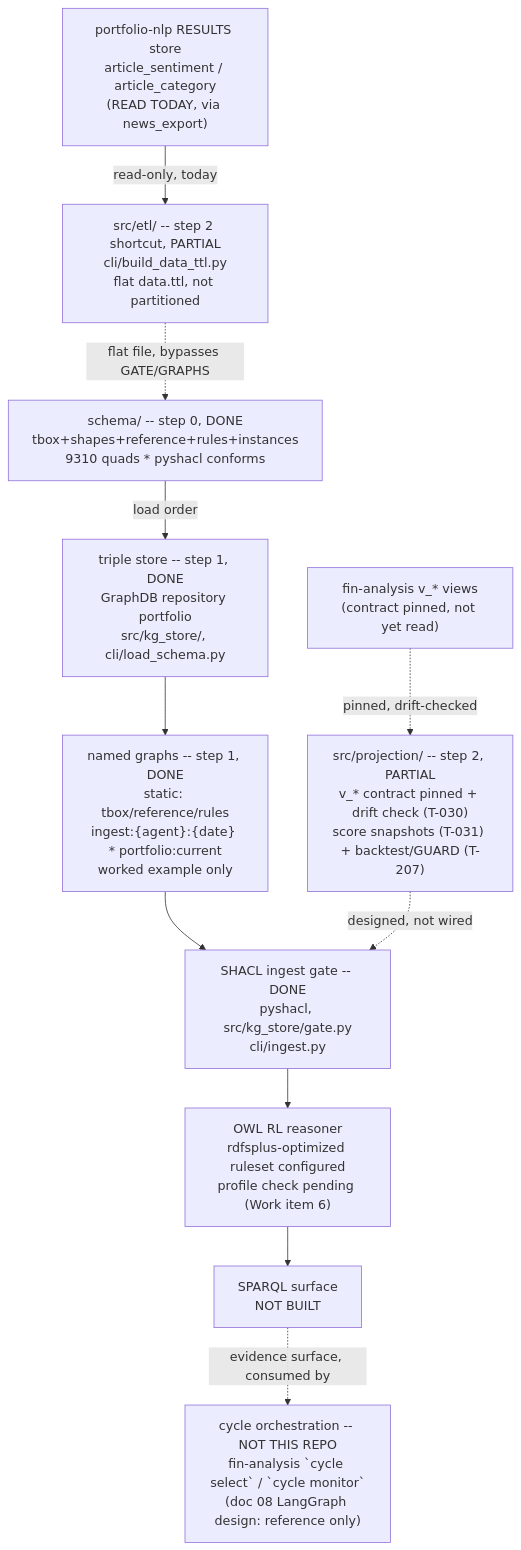
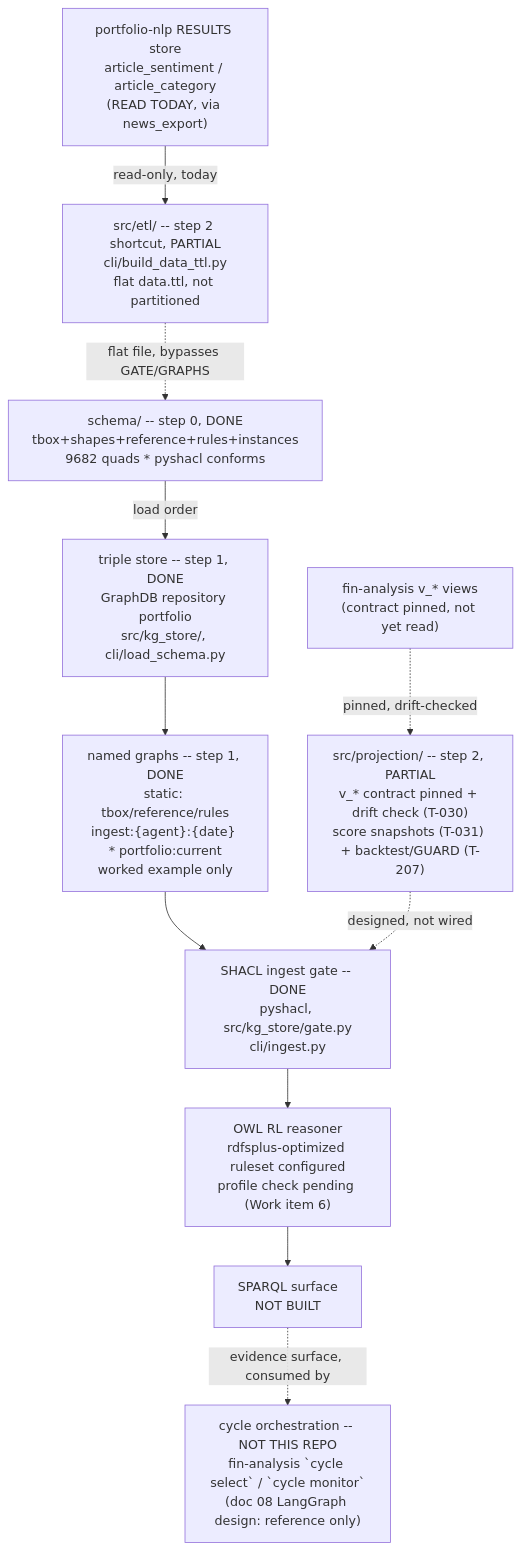
The diagram in .specify/memory/SPEC.md (gamug/portfolio-knowledge-graph), drawn with Mermaid before and after one commit. The commit also changed other lines of this file and 26 other files, not shown here.

````diff
--- a/.specify/memory/SPEC.md
+++ b/.specify/memory/SPEC.md
@@ -1044,22 +1044,22 @@
 ```mermaid
 flowchart TB
-    SCHEMA["schema/ -- step 0, DONE<br/>tbox+shapes+reference+rules+instances<br/>9310 quads * pyshacl conforms"]
+    SCHEMA["schema/ -- step 0, DONE<br/>tbox+shapes+reference+rules+instances<br/>9682 quads * pyshacl conforms"]
     STORE["triple store -- step 1, DONE<br/>GraphDB repository portfolio<br/>src/kg_store/, cli/load_schema.py"]
     GRAPHS["named graphs -- step 1, DONE<br/>static: tbox/reference/rules<br/>ingest:{agent}:{date} * portfolio:current<br/>worked example only"]
     GATE["SHACL ingest gate -- DONE<br/>pyshacl, src/kg_store/gate.py<br/>cli/ingest.py"]
     PROJ["src/projection/ -- step 2, PARTIAL<br/>v_* contract pinned + drift check (T-030)<br/>score snapshots (T-031) + backtest/GUARD (T-207)"]
     FIN["fin-analysis v_* views<br/>(contract pinned, not yet read)"]
     NLPRES["portfolio-nlp RESULTS store<br/>article_sentiment / article_category<br/>(READ TODAY, via news_export)"]
     ETL["src/etl/ -- step 2 shortcut, PARTIAL<br/>cli/build_data_ttl.py<br/>flat data.ttl, not partitioned"]
     REASON["OWL RL reasoner<br/>rdfsplus-optimized ruleset configured<br/>profile check pending (Work item 6)"]
     SPARQL["SPARQL surface<br/>NOT BUILT"]
     AGENTS["cycle orchestration -- NOT THIS REPO<br/>fin-analysis `cycle select` / `cycle monitor`<br/>(doc 08 LangGraph design: reference only)"]
 
     SCHEMA -->|load order| STORE --> GRAPHS --> GATE
     FIN -.->|pinned, drift-checked| PROJ
     PROJ -.->|designed, not wired| GATE
     NLPRES -->|read-only, today| ETL
     ETL -.->|flat file, bypasses GATE/GRAPHS| SCHEMA
     GATE --> REASON --> SPARQL
     SPARQL -.->|evidence surface, consumed by| AGENTS
 ```
````
